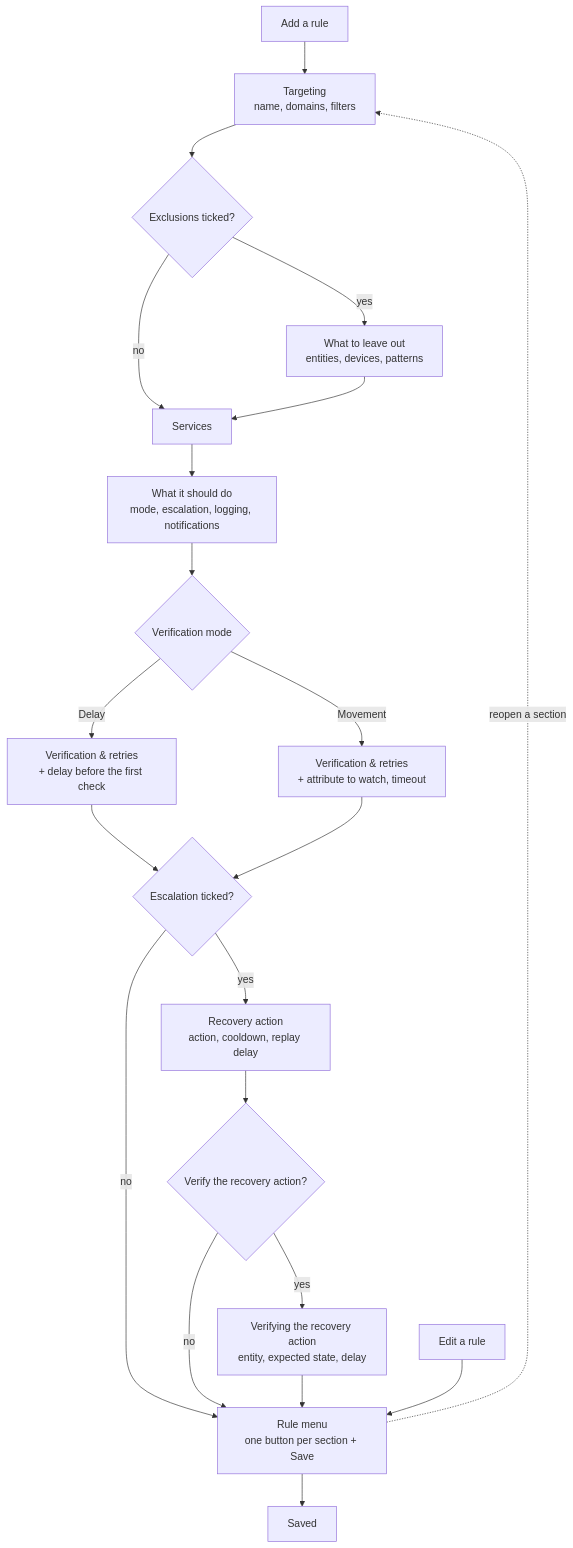
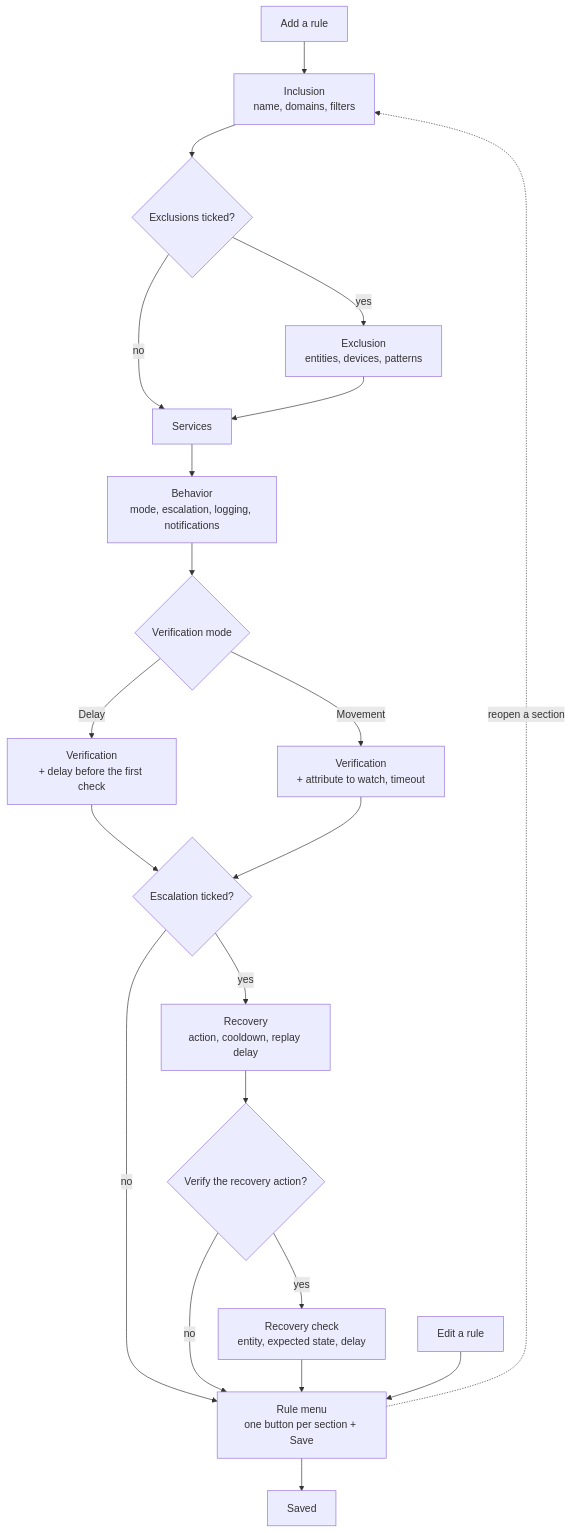
The third of 3 diagrams in docs/documentation.md (cddu33/ha-action_control), drawn with Mermaid before and after one commit. The commit also changed other lines of this file and 11 other files, not shown here.

````diff
--- a/docs/documentation.md
+++ b/docs/documentation.md
@@ -160,23 +160,23 @@
 ```mermaid
 flowchart TD
     N["Add a rule"] --> A
-    A["Targeting<br/>name, domains, filters"] --> A2{"Exclusions ticked?"}
+    A["Inclusion<br/>name, domains, filters"] --> A2{"Exclusions ticked?"}
     A2 -->|no| B["Services"]
-    A2 -->|yes| A3["What to leave out<br/>entities, devices, patterns"]
+    A2 -->|yes| A3["Exclusion<br/>entities, devices, patterns"]
     A3 --> B
-    B --> C["What it should do<br/>mode, escalation, logging, notifications"]
+    B --> C["Behavior<br/>mode, escalation, logging, notifications"]
     C --> D{"Verification mode"}
-    D -->|Delay| E["Verification & retries<br/>+ delay before the first check"]
-    D -->|Movement| F["Verification & retries<br/>+ attribute to watch, timeout"]
+    D -->|Delay| E["Verification<br/>+ delay before the first check"]
+    D -->|Movement| F["Verification<br/>+ attribute to watch, timeout"]
     E --> G{"Escalation ticked?"}
     F --> G
     G -->|no| Z
-    G -->|yes| H["Recovery action<br/>action, cooldown, replay delay"]
+    G -->|yes| H["Recovery<br/>action, cooldown, replay delay"]
     H --> I{"Verify the recovery action?"}
     I -->|no| Z
-    I -->|yes| J["Verifying the recovery action<br/>entity, expected state, delay"]
+    I -->|yes| J["Recovery check<br/>entity, expected state, delay"]
     J --> Z
     Z["Rule menu<br/>one button per section + Save"] -.->|reopen a section| A
     Z --> S["Saved"]
     ED["Edit a rule"] --> Z
 ```
````
